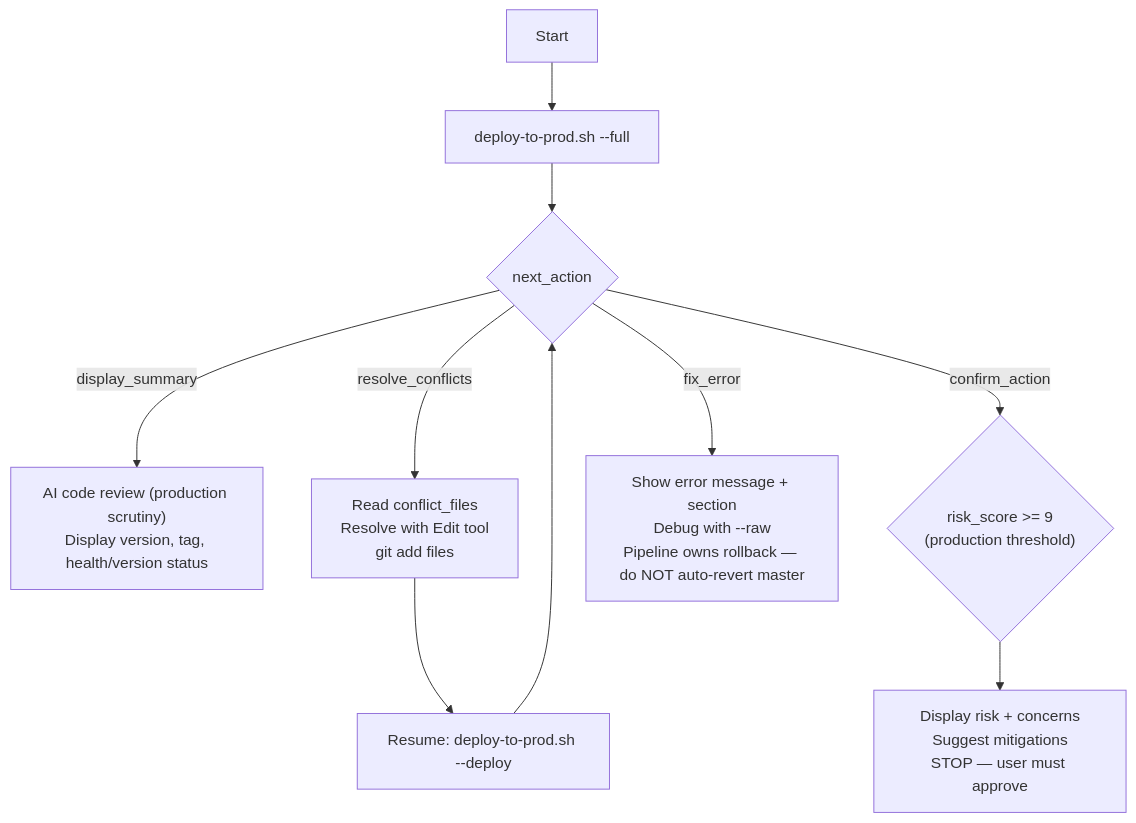
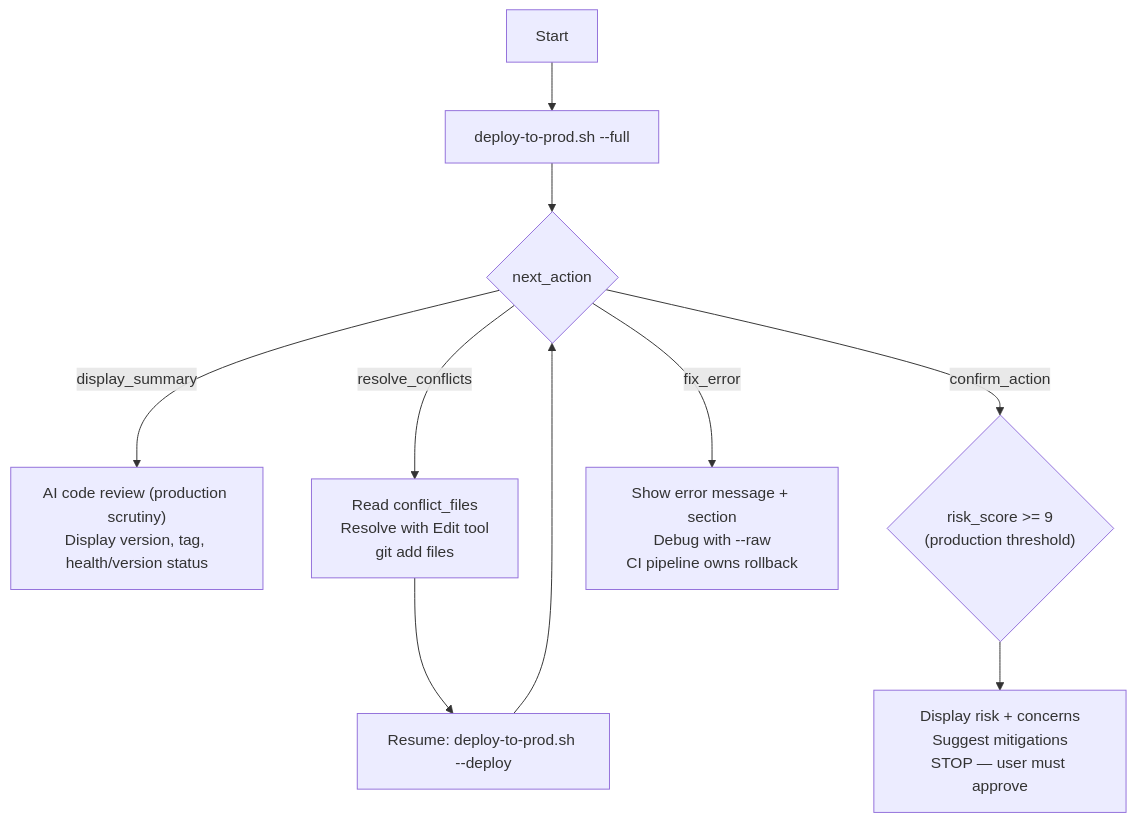
The diagram in commands/deploy-to-prod.md (et-nuvia/claude-commands), drawn with Mermaid before and after one commit. The commit also changed other lines of this file and 10 other files, not shown here.

````diff
--- a/commands/deploy-to-prod.md
+++ b/commands/deploy-to-prod.md
@@ -46,16 +46,16 @@
 ```mermaid
 flowchart TD
     A[Start] --> B["deploy-to-prod.sh --full"]
     B --> C{next_action}
 
     C -- display_summary --> D["AI code review (production scrutiny)<br/>Display version, tag, health/version status"]
 
     C -- resolve_conflicts --> E["Read conflict_files<br/>Resolve with Edit tool<br/>git add files"]
     E --> F["Resume: deploy-to-prod.sh --deploy"]
     F --> C
 
     C -- confirm_action --> G{"risk_score >= 9<br/>(production threshold)"}
     G --> H["Display risk + concerns<br/>Suggest mitigations<br/>STOP — user must approve"]
 
-    C -- fix_error --> K["Show error message + section<br/>Debug with --raw<br/>Pipeline owns rollback — do NOT auto-revert master"]
+    C -- fix_error --> K["Show error message + section<br/>Debug with --raw<br/>CI pipeline owns rollback"]
 ```
````
